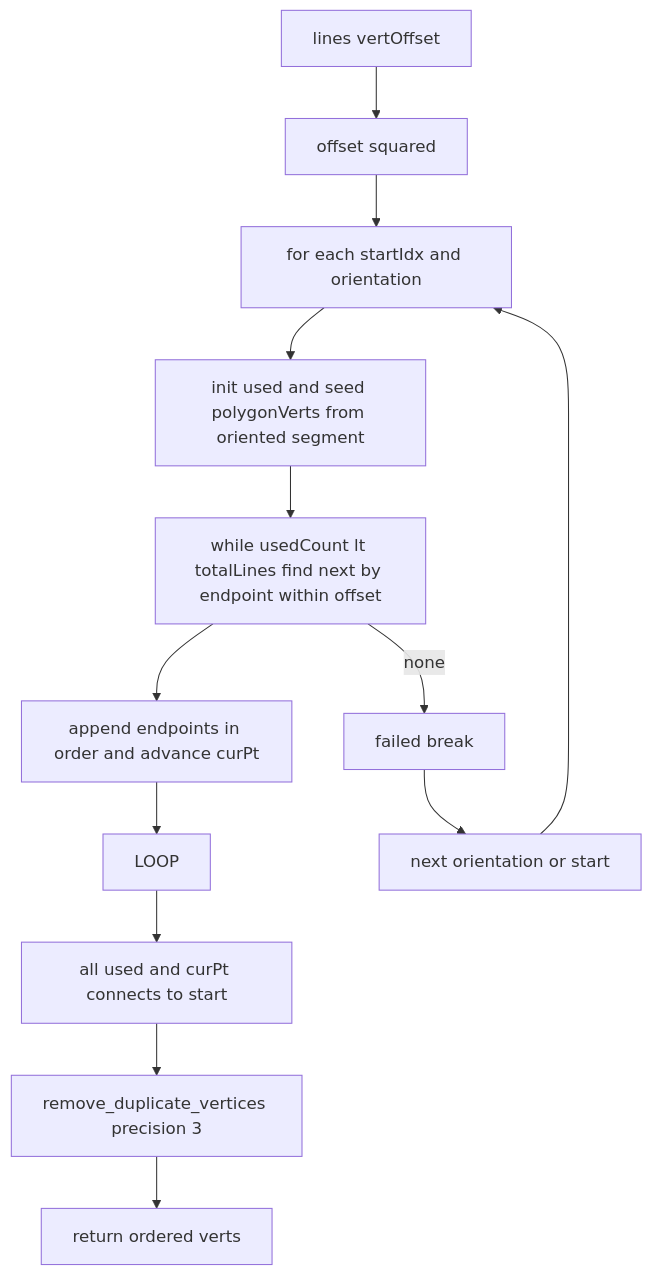
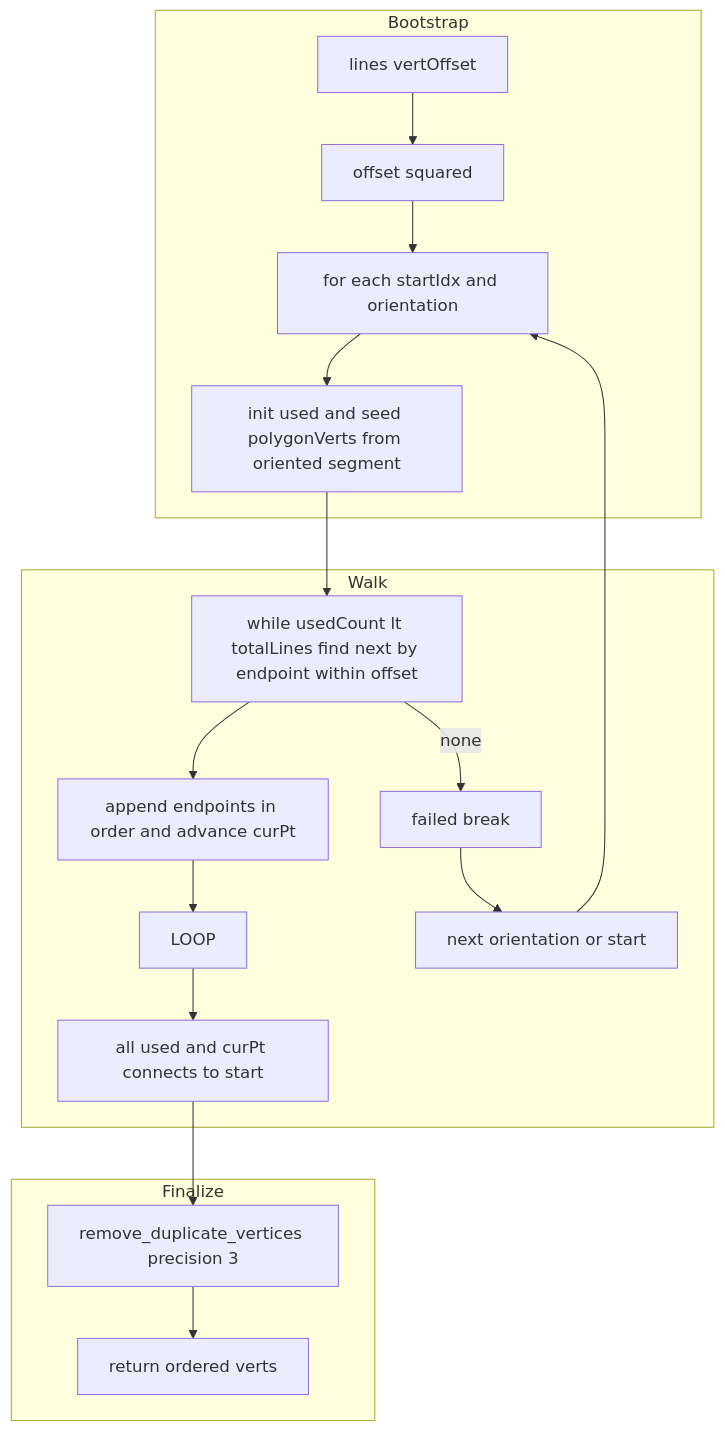
The first of 5 diagrams in docs/poly/convert_and_order.md (Gh0st352/AETHR), drawn with Mermaid before and after one commit. The commit also changed other lines of this file and 9 other files, not shown here.

First line of the commit message:
docs(poly): improve README headings and mermaid diagrams

````diff
--- a/docs/poly/convert_and_order.md
+++ b/docs/poly/convert_and_order.md
@@ -21,15 +21,41 @@
 ```mermaid
+%% shared theme: docs/_mermaid/theme.json %%
 flowchart TD
   IN[lines vertOffset] --> OFF[offset squared]
   OFF --> FORS[for each startIdx and orientation]
   FORS --> INIT[init used and seed polygonVerts from oriented segment]
   INIT --> FIND[while usedCount lt totalLines find next by endpoint within offset]
   FIND --> APP[append endpoints in order and advance curPt]
   FIND -->|none| FAIL[failed break]
   APP --> LOOP
   FAIL --> NEXT[next orientation or start]
   LOOP --> DONE[all used and curPt connects to start]
   DONE --> DEDUP[remove_duplicate_vertices precision 3]
   DEDUP --> RET[return ordered verts]
   NEXT --> FORS
+
+  subgraph "Bootstrap"
+    IN
+    OFF
+    FORS
+    INIT
+  end
+  subgraph "Walk"
+    FIND
+    APP
+    LOOP
+    DONE
+    FAIL
+    NEXT
+  end
+  subgraph "Finalize"
+    DEDUP
+    RET
+  end
+
+  class IN class_io;
+  class OFF,INIT,FIND,APP,LOOP,DEDUP class_step;
+  class FORS,NEXT class_tracker;
+  class DONE,FAIL class_decision;
+  class RET class_result;
 ```
````
